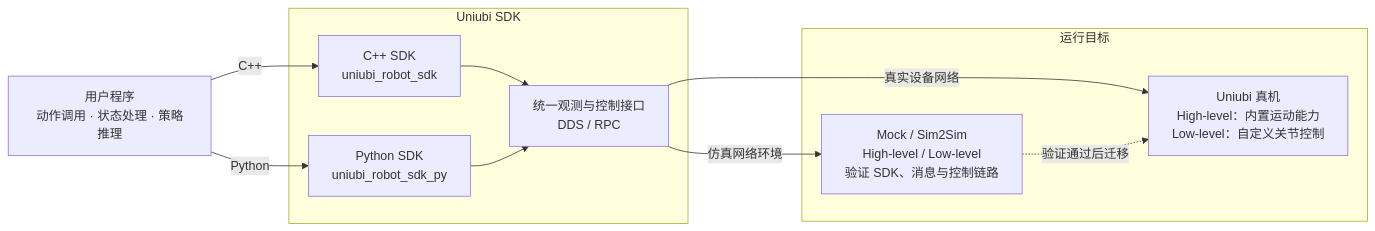
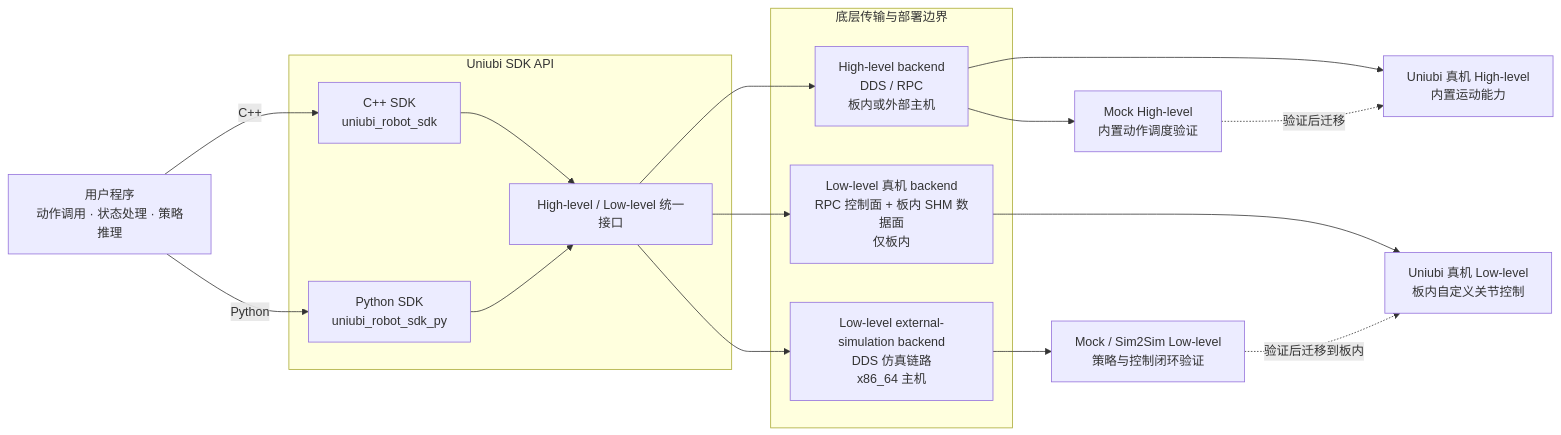
Before and after one commit to uniubi-ai/uniubi_robot_mock: the diagram in README_zh.md, drawn with Mermaid. The commit also changed other lines of this file and 1 other file, not shown here.

Commit message:
docs: clarify SDK simulation and robot backends

````diff
--- a/README_zh.md
+++ b/README_zh.md
@@ -13,24 +14,36 @@
 ```mermaid
 flowchart LR
     APP["用户程序<br/>动作调用 · 状态处理 · 策略推理"]
 
-    subgraph SDK["Uniubi SDK"]
+    subgraph SDK["Uniubi SDK API"]
         CPP["C++ SDK<br/>uniubi_robot_sdk"]
         PY["Python SDK<br/>uniubi_robot_sdk_py"]
-        LINK["统一观测与控制接口<br/>DDS / RPC"]
+        API["High-level / Low-level 统一接口"]
 
-        CPP --> LINK
-        PY --> LINK
+        CPP --> API
+        PY --> API
     end
 
-    subgraph TARGET["运行目标"]
-        SIM["Mock / Sim2Sim<br/>High-level / Low-level<br/>验证 SDK、消息与控制链路"]
-        ROBOT["Uniubi 真机<br/>High-level：内置运动能力<br/>Low-level：自定义关节控制"]
+    subgraph BACKEND["底层传输与部署边界"]
+        HL["High-level backend<br/>DDS / RPC<br/>板内或外部主机"]
+        LLR["Low-level 真机 backend<br/>RPC 控制面 + 板内 SHM 数据面<br/>仅板内"]
+        LLS["Low-level external-simulation backend<br/>DDS 仿真链路<br/>x86_64 主机"]
     end
+
+    MOCKHL["Mock High-level<br/>内置动作调度验证"]
+    MOCKLL["Mock / Sim2Sim Low-level<br/>策略与控制闭环验证"]
+    ROBOTHL["Uniubi 真机 High-level<br/>内置运动能力"]
+    ROBOTLL["Uniubi 真机 Low-level<br/>板内自定义关节控制"]
 
     APP -->|"C++"| CPP
     APP -->|"Python"| PY
-    LINK -->|"仿真网络环境"| SIM
-    LINK -->|"真实设备网络"| ROBOT
-    SIM -.->|"验证通过后迁移"| ROBOT
+    API --> HL
+    API --> LLR
+    API --> LLS
+    HL --> MOCKHL
+    HL --> ROBOTHL
+    LLS --> MOCKLL
+    LLR --> ROBOTLL
+    MOCKHL -.->|"验证后迁移"| ROBOTHL
+    MOCKLL -.->|"验证后迁移到板内"| ROBOTLL
 ```
````
